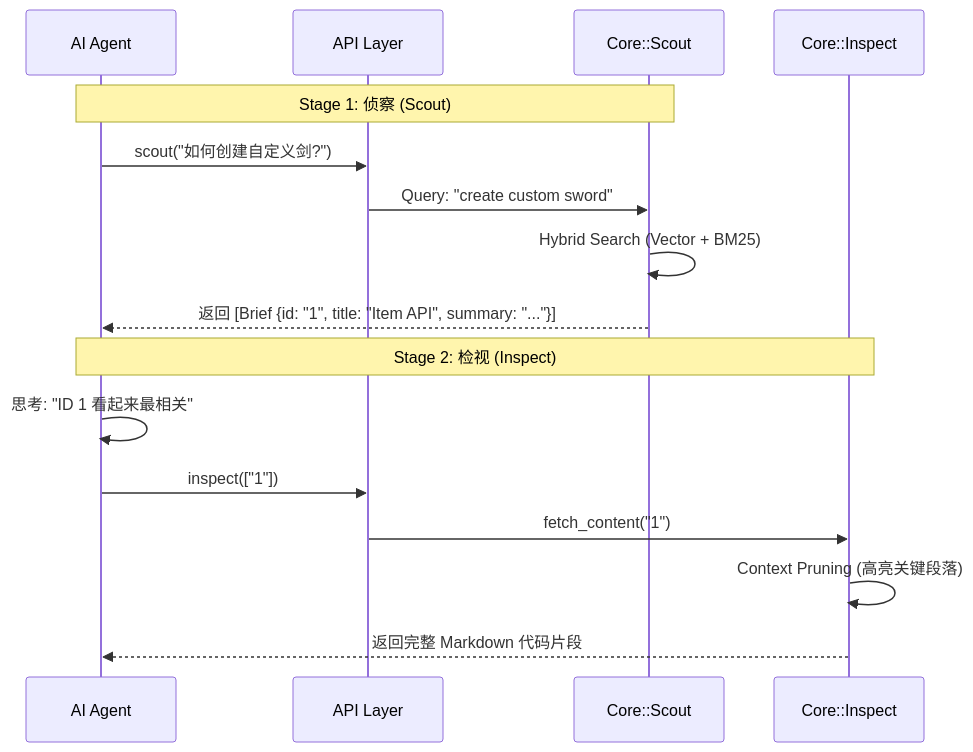
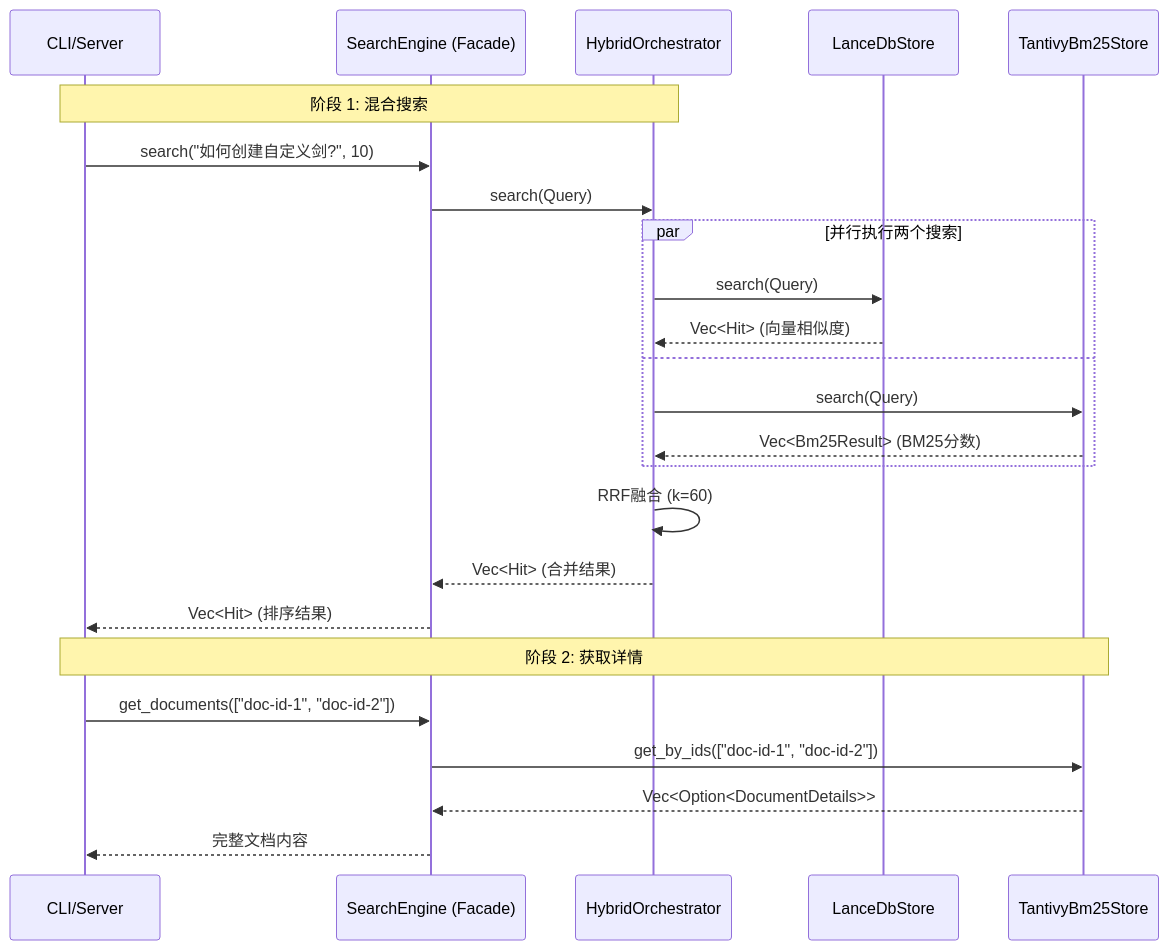
One commit to Contextfy/Kit changed the third of 3 diagrams in docs/Architecture.md. Above: the diagram before and after it, drawn with Mermaid. The commit also changed other lines of this file and 4 other files, not shown here.

````diff
--- a/docs/Architecture.md
+++ b/docs/Architecture.md
@@ -121,21 +198,30 @@
 ```mermaid
 sequenceDiagram
-    participant Agent as AI Agent
-    participant Bridge as API Layer
-    participant Scout as Core::Scout
-    participant Inspect as Core::Inspect
+    participant Client as CLI/Server
+    participant SearchEngine as SearchEngine (Facade)
+    participant Orchestrator as HybridOrchestrator
+    participant Vector as LanceDbStore
+    participant BM25 as TantivyBm25Store
 
-    Note over Agent, Scout: Stage 1: 侦察 (Scout)
-    Agent->>Bridge: scout("如何创建自定义剑?")
-    Bridge->>Scout: Query: "create custom sword"
-    Scout->>Scout: Hybrid Search (Vector + BM25)
-    Scout-->>Agent: 返回 [Brief {id: "1", title: "Item API", summary: "..."}]
+    Note over Client, Orchestrator: 阶段 1: 混合搜索
+    Client->>SearchEngine: search("如何创建自定义剑?", 10)
+    SearchEngine->>Orchestrator: search(Query)
 
-    Note over Agent, Inspect: Stage 2: 检视 (Inspect)
-    Agent->>Agent: 思考: "ID 1 看起来最相关"
-    Agent->>Bridge: inspect(["1"])
-    Bridge->>Inspect: fetch_content("1")
-    Inspect->>Inspect: Context Pruning (高亮关键段落)
-    Inspect-->>Agent: 返回完整 Markdown 代码片段
+    par 并行执行两个搜索
+        Orchestrator->>Vector: search(Query)
+        Vector-->>Orchestrator: Vec<Hit> (向量相似度)
+    and
+        Orchestrator->>BM25: search(Query)
+        BM25-->>Orchestrator: Vec<Bm25Result> (BM25分数)
+    end
 
+    Orchestrator->>Orchestrator: RRF融合 (k=60)
+    Orchestrator-->>SearchEngine: Vec<Hit> (合并结果)
+    SearchEngine-->>Client: Vec<Hit> (排序结果)
+
+    Note over Client, BM25: 阶段 2: 获取详情
+    Client->>SearchEngine: get_documents(["doc-id-1", "doc-id-2"])
+    SearchEngine->>BM25: get_by_ids(["doc-id-1", "doc-id-2"])
+    BM25-->>SearchEngine: Vec<Option<DocumentDetails>>
+    SearchEngine-->>Client: 完整文档内容
 ```
````
